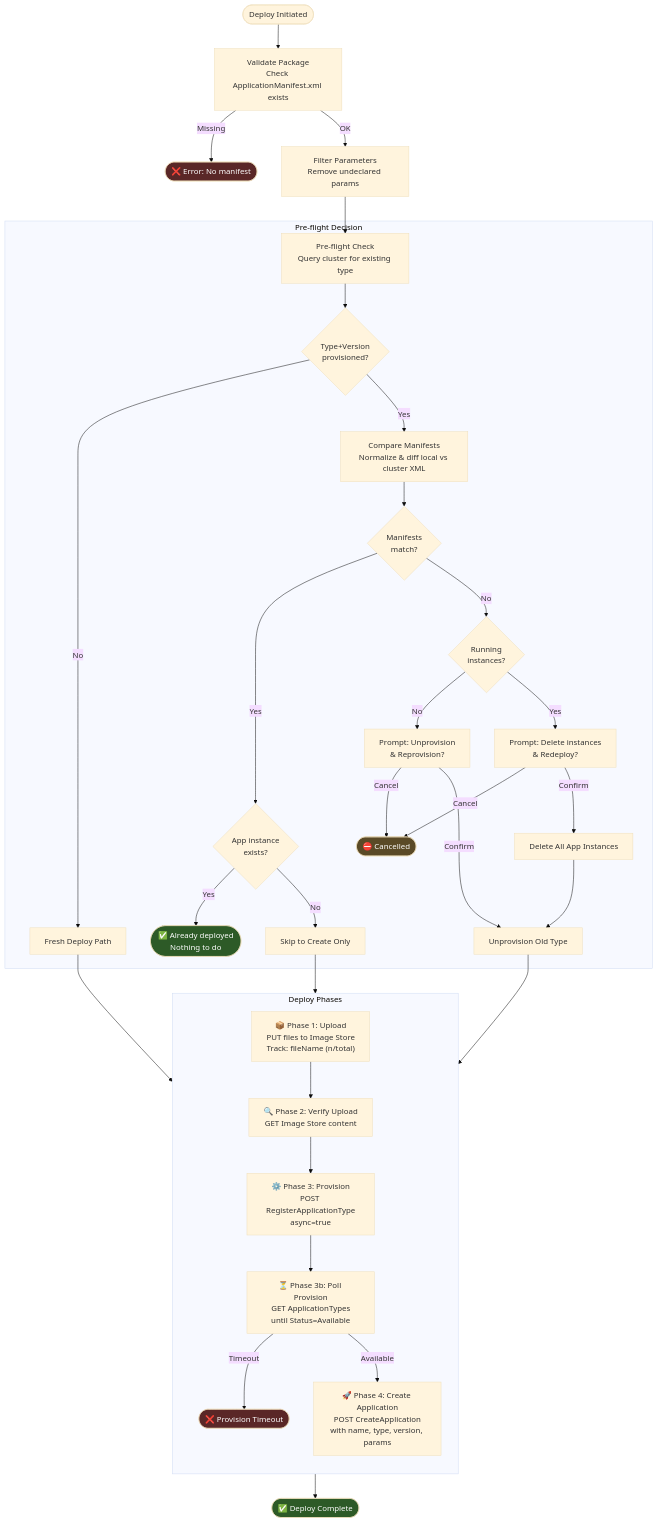
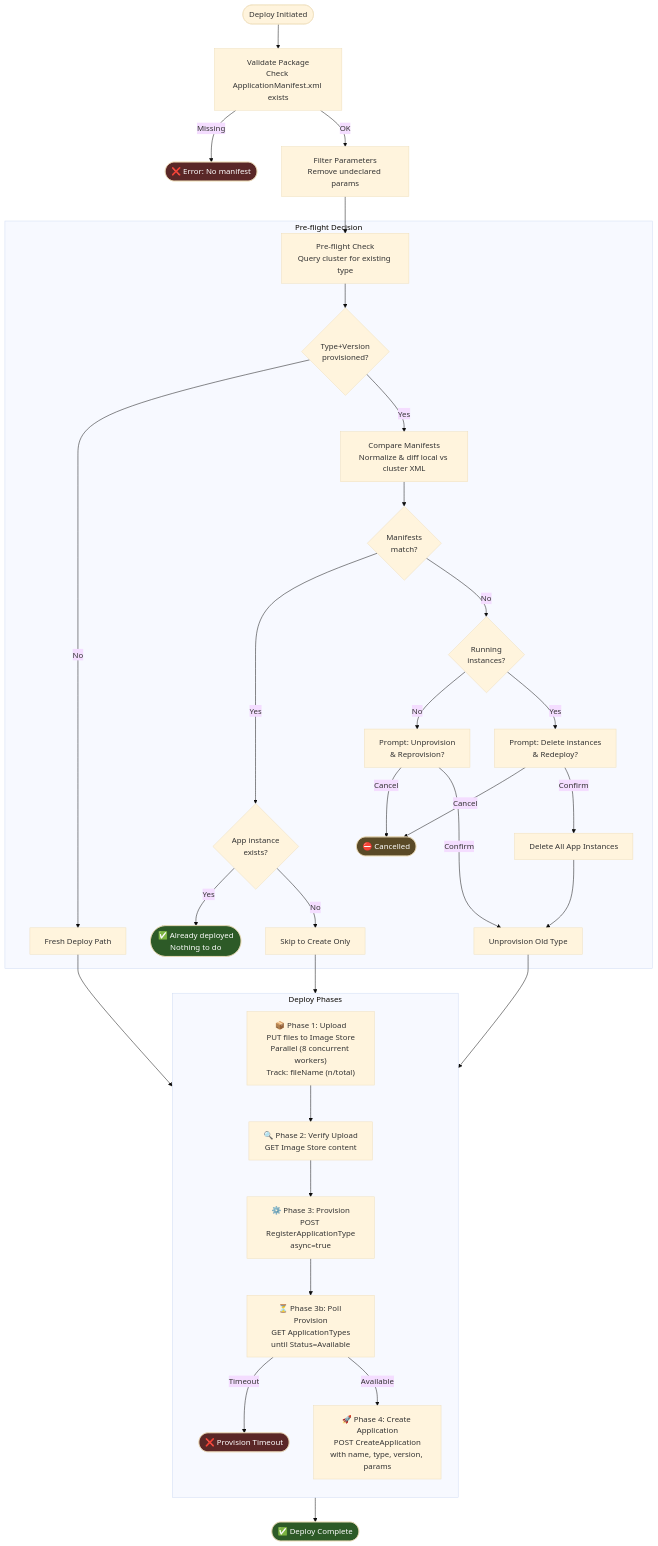
Before and after one commit to jagilber/vscode-service-fabric-diagnostic-extension: the first of 4 diagrams in docs/architecture/deploy-upgrade-phases.md, drawn with Mermaid (base theme). The commit also changed other lines of this file and 5 other files, not shown here.

First line of the commit message:
docs: update architecture docs for parallel uploads and msbuild default

````diff
--- a/docs/architecture/deploy-upgrade-phases.md
+++ b/docs/architecture/deploy-upgrade-phases.md
@@ -7,47 +7,47 @@
 ```mermaid
 flowchart TD
     START([Deploy Initiated]) --> VALIDATE[Validate Package<br/>Check ApplicationManifest.xml exists]
     VALIDATE -->|Missing| FAIL_VALIDATE([❌ Error: No manifest])
     VALIDATE -->|OK| FILTER_PARAMS[Filter Parameters<br/>Remove undeclared params]
     FILTER_PARAMS --> PREFLIGHT[Pre-flight Check<br/>Query cluster for existing type]
 
     subgraph preflight [Pre-flight Decision]
         PREFLIGHT --> TYPE_EXISTS{Type+Version<br/>provisioned?}
         TYPE_EXISTS -->|No| FRESH_DEPLOY[Fresh Deploy Path]
         TYPE_EXISTS -->|Yes| COMPARE_MANIFEST[Compare Manifests<br/>Normalize & diff local vs cluster XML]
         COMPARE_MANIFEST --> MANIFEST_MATCH{Manifests<br/>match?}
         MANIFEST_MATCH -->|Yes| APP_EXISTS{App instance<br/>exists?}
         APP_EXISTS -->|Yes| SKIP_ALL([✅ Already deployed<br/>Nothing to do])
         APP_EXISTS -->|No| CREATE_ONLY[Skip to Create Only]
         MANIFEST_MATCH -->|No| HAS_INSTANCES{Running<br/>instances?}
         HAS_INSTANCES -->|No| PROMPT_UNPROV[Prompt: Unprovision<br/>& Reprovision?]
         HAS_INSTANCES -->|Yes| PROMPT_DELETE[Prompt: Delete instances<br/>& Redeploy?]
         PROMPT_UNPROV -->|Cancel| CANCELLED([⛔ Cancelled])
         PROMPT_DELETE -->|Cancel| CANCELLED
         PROMPT_DELETE -->|Confirm| DELETE_APPS[Delete All App Instances]
         DELETE_APPS --> UNPROV_ADD[Unprovision Old Type]
         PROMPT_UNPROV -->|Confirm| UNPROV_ADD
     end
 
     FRESH_DEPLOY --> UPLOAD
     UNPROV_ADD --> UPLOAD
     CREATE_ONLY --> CREATE
 
     subgraph deploy [Deploy Phases]
         direction TB
-        UPLOAD["📦 Phase 1: Upload<br/>PUT files to Image Store<br/>Track: fileName (n/total)"]
+        UPLOAD["📦 Phase 1: Upload<br/>PUT files to Image Store<br/>Parallel (8 concurrent workers)<br/>Track: fileName (n/total)"]
         UPLOAD --> VERIFY["🔍 Phase 2: Verify Upload<br/>GET Image Store content"]
         VERIFY --> PROVISION["⚙️ Phase 3: Provision<br/>POST RegisterApplicationType<br/>async=true"]
         PROVISION --> POLL["⏳ Phase 3b: Poll Provision<br/>GET ApplicationTypes<br/>until Status=Available"]
         POLL -->|Timeout| FAIL_PROV([❌ Provision Timeout])
         POLL -->|Available| CREATE["🚀 Phase 4: Create Application<br/>POST CreateApplication<br/>with name, type, version, params"]
     end
 
     CREATE --> SUCCESS([✅ Deploy Complete])
 
     style SKIP_ALL fill:#2d5a27,color:#fff
     style SUCCESS fill:#2d5a27,color:#fff
     style CANCELLED fill:#5a4a27,color:#fff
     style FAIL_VALIDATE fill:#5a2727,color:#fff
     style FAIL_PROV fill:#5a2727,color:#fff
 ```
````
